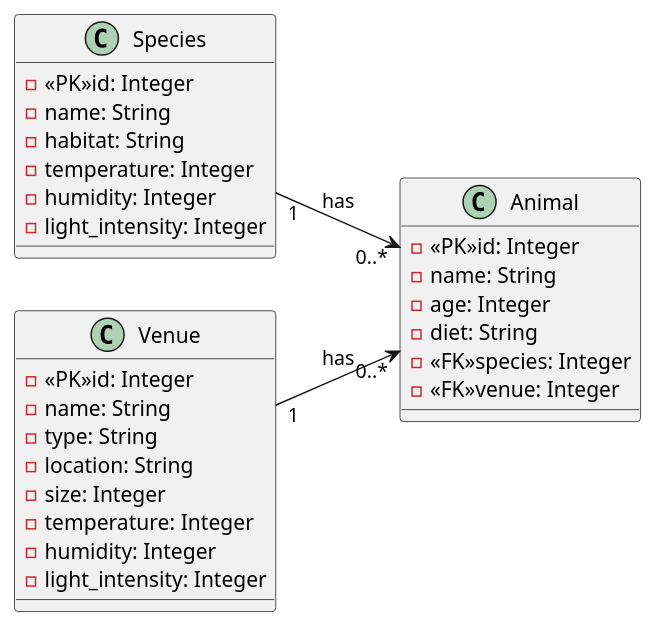
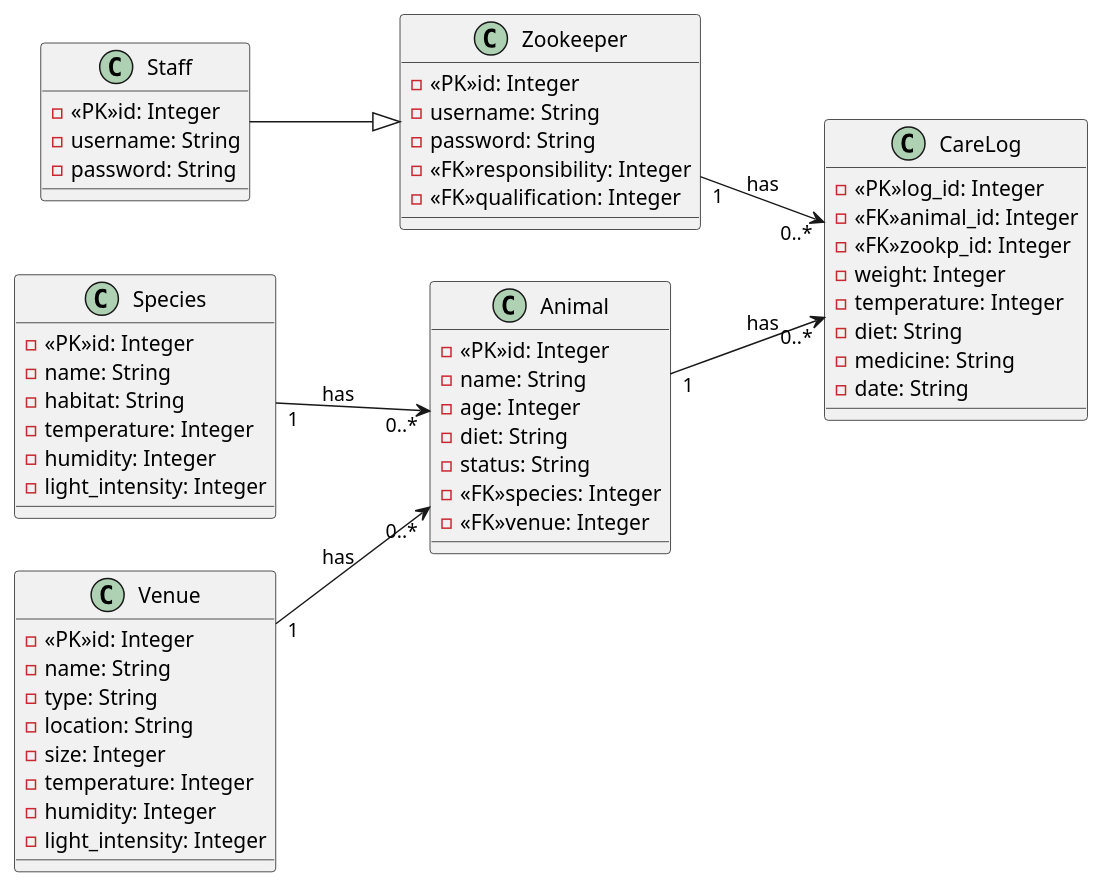
The diagram in UML.md (lzpmpc005/ZooConnect), drawn with PlantUML before and after one commit. The commit also changed other lines of this file and 1 other file, not shown here.

Commit message:
update models with staff and carelogs; uml updated accordingly

```diff
--- a/UML.md
+++ b/UML.md
@@ -6,42 +6,72 @@
 @startuml
 left to right direction
+
+class Staff{
+    - «PK»id: Integer
+    - username: String
+    - password: String
+}
+
+class Zookeeper{
+    - «PK»id: Integer
+    - username: String
+    - password: String
+    - «FK»responsibility: Integer
+    - «FK»qualification: Integer
+}
 
 class Species {
     - «PK»id: Integer
     - name: String
     - habitat: String
     - temperature: Integer
     - humidity: Integer
     - light_intensity: Integer
 
 }
 
 
 class Animal {
     - «PK»id: Integer
     - name: String
     - age: Integer
     - diet: String
+    - status: String
     - «FK»species: Integer
     - «FK»venue: Integer
-
 }
 
 
 class Venue {
     - «PK»id: Integer
     - name: String
     - type: String
     - location: String
     - size: Integer
     - temperature: Integer
     - humidity: Integer
     - light_intensity: Integer
 
 }
 
+class CareLog{
+    - «PK»log_id: Integer
+    - «FK»animal_id: Integer
+    - «FK»zookp_id: Integer
+    - weight: Integer
+    - temperature: Integer
+    - diet: String
+    - medicine: String
+    - date: String
+}
+
+
+Staff --|> Zookeeper
 
 Species "1" --> "0..*" Animal: has
 Venue "1" --> "0..*" Animal: has
+Animal "1" --> "0..*" CareLog: has
+Zookeeper "1" --> "0..*" CareLog: has
+
 
 @enduml
```
